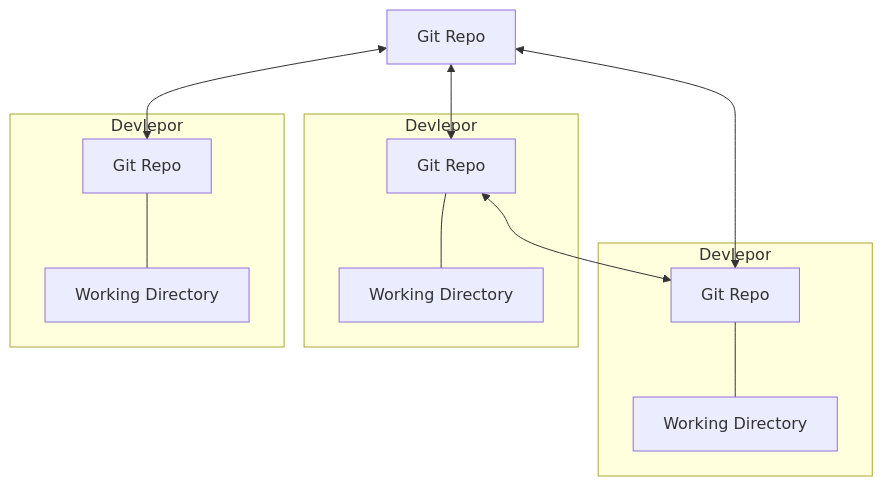
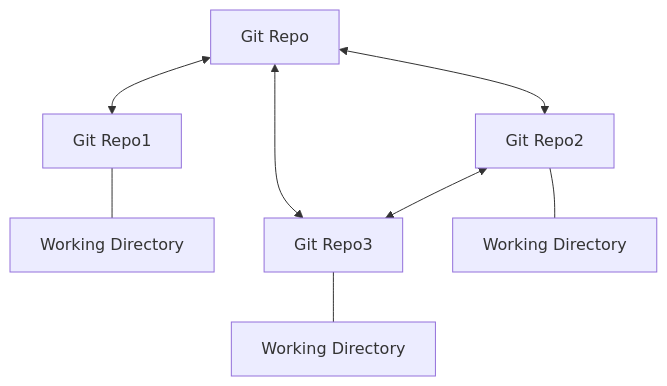
Before and after one commit to zwancho/git_guide: the second of 5 diagrams in git_guide.md, drawn with Mermaid. The commit also changed other lines of this file, not shown here.

````diff
--- a/git_guide.md
+++ b/git_guide.md
@@ -33,16 +43,10 @@
-```mermaid 
-flowchart TD
-    server[Git Repo] <--> local_a[Git Repo]
-    server <--> local_c[Git Repo]
-    subgraph dev_c[Devlepor]
-    local_c --- working_c[Working Directory]
-    end
-    local_b <--> local_c
-    server <--> local_b[Git Repo]
-    subgraph dev_b[Devlepor]
-    local_b --- working_b[Working Directory]
-    end
-    subgraph dev_a[Devlepor]
-    local_a --- working_a[Working Directory]
-    end
-```
+    <div class="mermaid">
+        flowchart TD
+            server[Git Repo] <--> local_a[Git Repo1]
+            server <--> local_c[Git Repo3]
+            server <--> local_b[Git Repo2]
+            local_b <--> local_c
+            local_a --- working_a[Working Directory]
+            local_b --- working_b[Working Directory]
+            local_c --- working_c[Working Directory]
+    </div>
````
